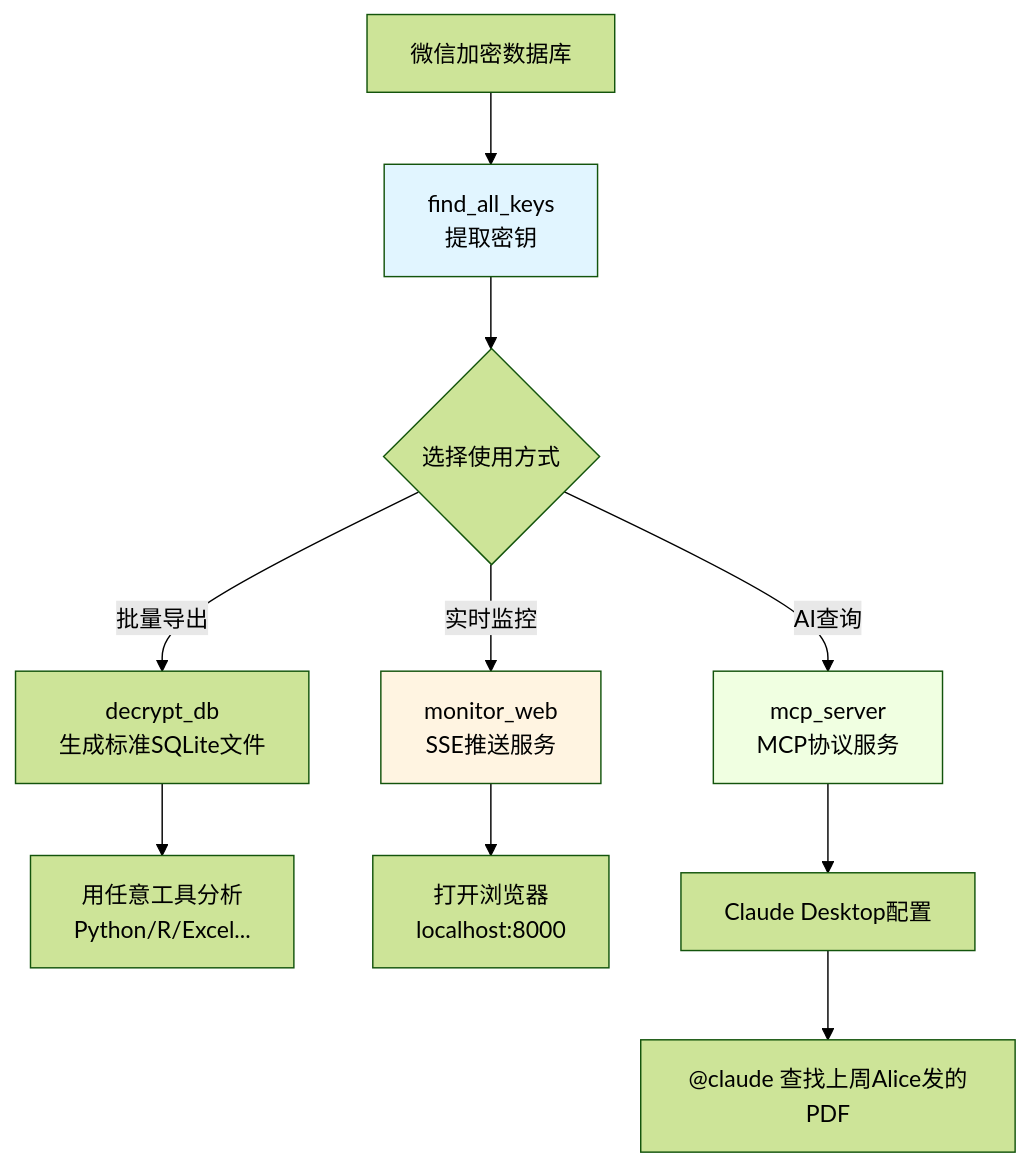
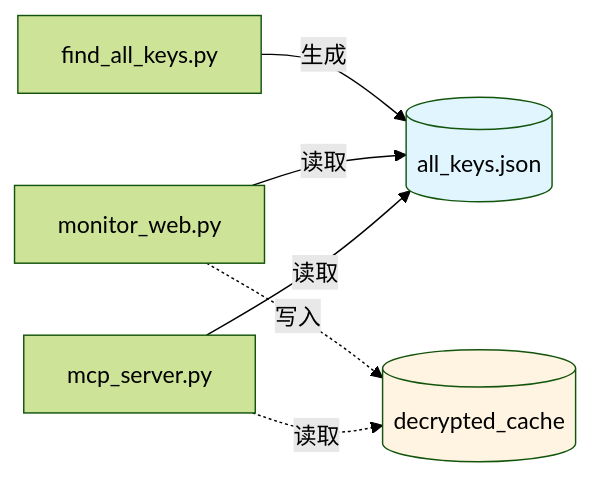
One commit to nerdneilsfield/code-wiki-pages changed the fifth of 5 diagrams in public/wechat-decrypt/guide-beginners-guide-what-and-why.md. Above: the diagram before and after it, drawn with Mermaid (forest theme). The commit also changed other lines of this file and 30 other files, not shown here.

````diff
--- a/public/wechat-decrypt/guide-beginners-guide-what-and-why.md
+++ b/public/wechat-decrypt/guide-beginners-guide-what-and-why.md
@@ -224,19 +190,12 @@
 ```mermaid
-graph TD
-    A[微信加密数据库] --> B[find_all_keys<br/>提取密钥]
-    B --> C{选择使用方式}
+flowchart LR
+    A[find_all_keys.py] -->|生成| B[(all_keys.json)]
+    C[monitor_web.py] -->|读取| B
+    D[mcp_server.py] -->|读取| B
     
-    C -->|批量导出| D[decrypt_db<br/>生成标准SQLite文件]
-    D --> E[用任意工具分析<br/>Python/R/Excel...]
-    
-    C -->|实时监控| F[monitor_web<br/>SSE推送服务]
-    F --> G[打开浏览器<br/>localhost:8000]
-    
-    C -->|AI查询| H[mcp_server<br/>MCP协议服务]
-    H --> I[Claude Desktop配置]
-    I --> J["@claude 查找上周Alice发的PDF"]
+    C -.->|写入| E[(decrypted_cache)]
+    D -.->|读取| E
     
     style B fill:#e1f5ff
-    style F fill:#fff4e1
-    style H fill:#f0ffe1
+    style E fill:#fff4e1
 ```
````
